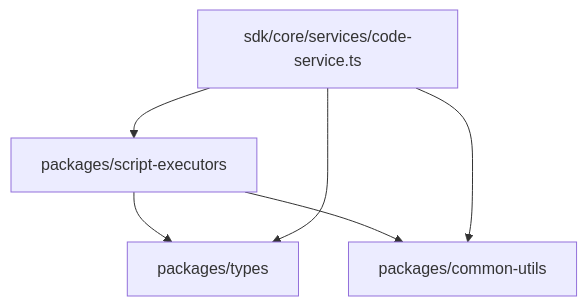
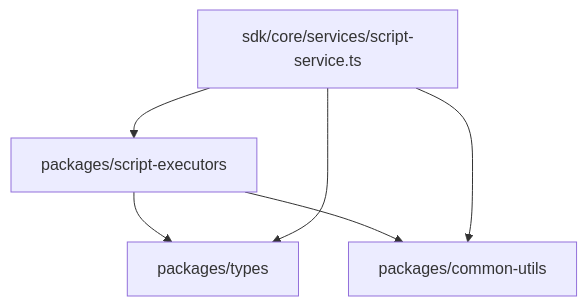
One commit to kkkqkx123/graph-agent changed the third of 3 diagrams in docs/plan/script-executors-refactor-plan.md. Above: the diagram before and after it, drawn with Mermaid. The commit also changed other lines of this file and 26 other files, not shown here.

````diff
--- a/docs/plan/script-executors-refactor-plan.md
+++ b/docs/plan/script-executors-refactor-plan.md
@@ -301,8 +301,8 @@
 ```mermaid
 graph TD
-    A[sdk/core/services/code-service.ts] --> B[packages/script-executors]
+    A[sdk/core/services/script-service.ts] --> B[packages/script-executors]
     B --> C[packages/types]
     B --> D[packages/common-utils]
     A --> C
     A --> D
 ```
````
